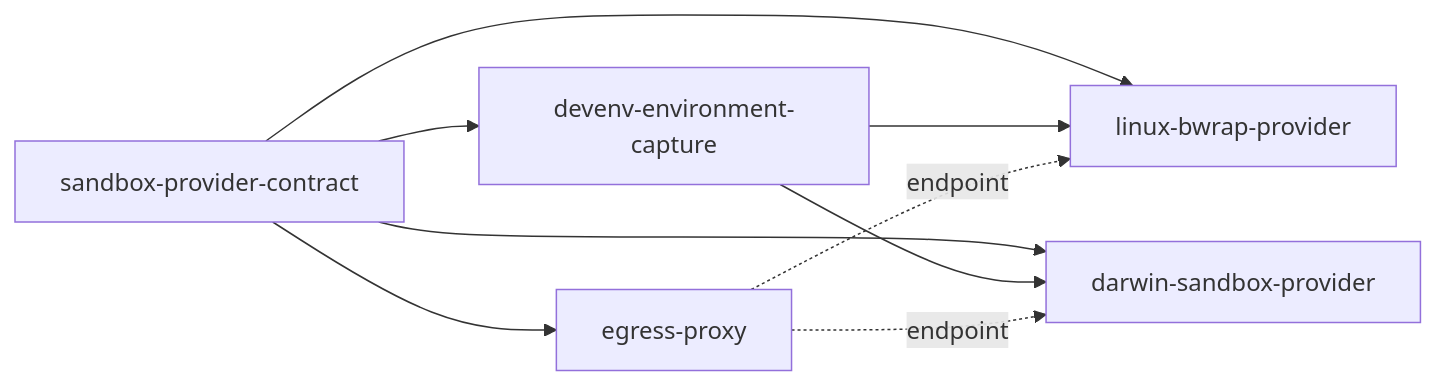
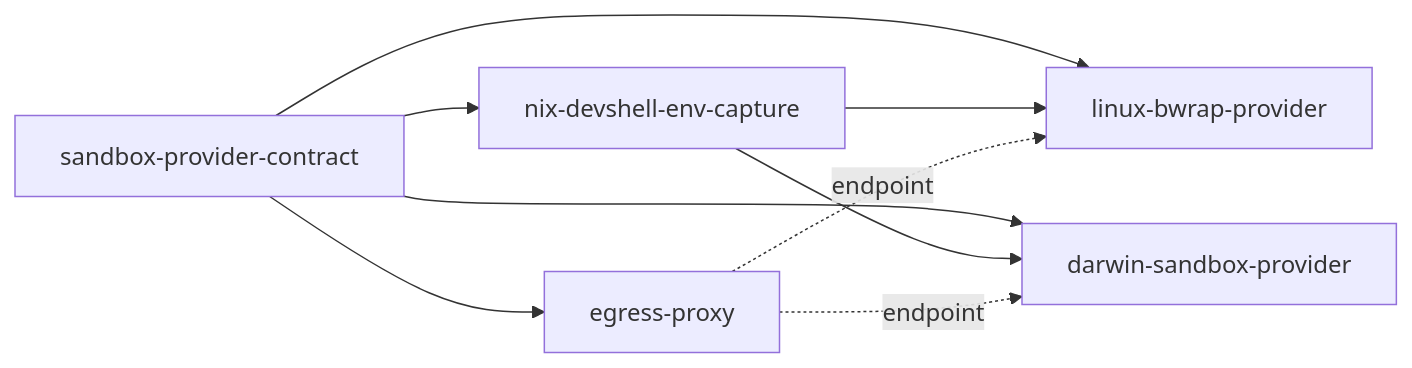
Before and after one commit to throwparty/agentkit: the first of 2 diagrams in maps/2026-10-31-nix-devshell-sandbox/HANDOVER.md, drawn with Mermaid. The commit also changed other lines of this file and 8 other files, not shown here.

Commit message:
2026-11-03-sandbox-provider-contract: plan

````diff
--- a/maps/2026-10-31-nix-devshell-sandbox/HANDOVER.md
+++ b/maps/2026-10-31-nix-devshell-sandbox/HANDOVER.md
@@ -11,11 +11,11 @@
 ```mermaid
 flowchart LR
-    contract["sandbox-provider-contract"] --> capture[devenv-environment-capture]
+    contract["sandbox-provider-contract"] --> capture[nix-devshell-env-capture]
     contract --> linux[linux-bwrap-provider]
     contract --> darwin[darwin-sandbox-provider]
     contract --> proxy[egress-proxy]
     capture --> linux
     capture --> darwin
     proxy -.->|endpoint| linux
     proxy -.->|endpoint| darwin
 ```
````
